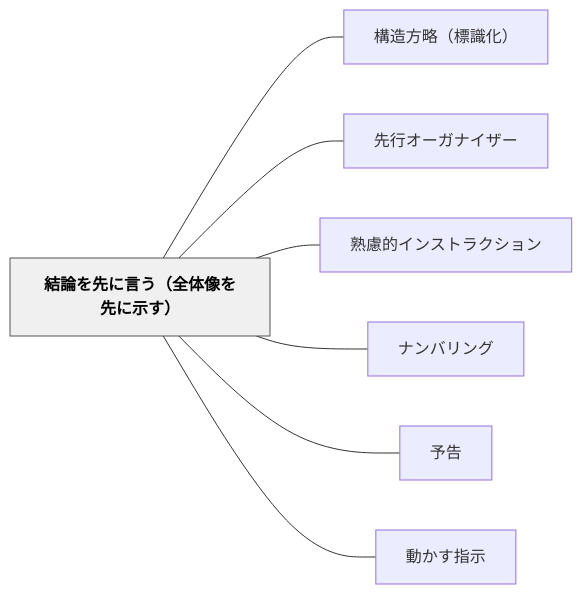
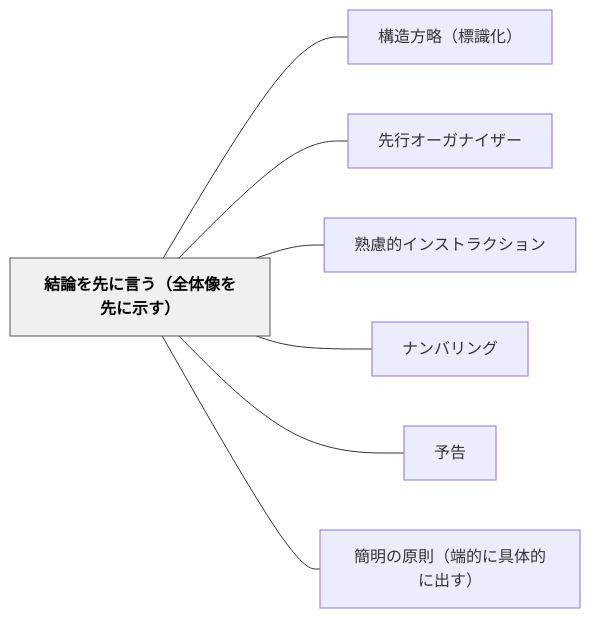
Before and after one commit to unknownthings-ed-patterns/unknownthings-ed-patterns: the diagram in content/パタン/結論を先に言う（全体像を先に示す）.md, drawn with Mermaid. The commit also changed other lines of this file and 41 other files, not shown here.

````diff
--- a/content/パタン/結論を先に言う（全体像を先に示す）.md
+++ b/content/パタン/結論を先に言う（全体像を先に示す）.md
@@ -37,20 +39,20 @@
 ```mermaid
 flowchart LR
     ne7b590e8ab96e38292e58588e381abe8a880e38186efbc88e585a8e4bd93e5838fe38292e58588e381abe7a4bae38199efbc89["結論を先に言う（全体像を先に示す）"]
     ne6a78be980a0e696b9e795a5efbc88e6a899e8ad98e58c96efbc89["構造方略（標識化）"]
     ne58588e8a18ce382aae383bce382ace3838ae382a4e382b6e383bc["先行オーガナイザー"]
     ne7869fe685aee79a84e382a4e383b3e382b9e38388e383a9e382afe382b7e383a7e383b3["熟慮的インストラクション"]
     ne3838ae383b3e38390e383aae383b3e382b0["ナンバリング"]
     ne4ba88e5918a["予告"]
-    ne58b95e3818be38199e68c87e7a4ba["動かす指示"]
+    ne7b0a1e6988ee381aee58e9fe58987efbc88e7abafe79a84e381abe585b7e4bd93e79a84e381abe587bae38199efbc89["簡明の原則（端的に具体的に出す）"]
 
     ne7b590e8ab96e38292e58588e381abe8a880e38186efbc88e585a8e4bd93e5838fe38292e58588e381abe7a4bae38199efbc89 --- ne6a78be980a0e696b9e795a5efbc88e6a899e8ad98e58c96efbc89
     ne7b590e8ab96e38292e58588e381abe8a880e38186efbc88e585a8e4bd93e5838fe38292e58588e381abe7a4bae38199efbc89 --- ne58588e8a18ce382aae383bce382ace3838ae382a4e382b6e383bc
     ne7b590e8ab96e38292e58588e381abe8a880e38186efbc88e585a8e4bd93e5838fe38292e58588e381abe7a4bae38199efbc89 --- ne7869fe685aee79a84e382a4e383b3e382b9e38388e383a9e382afe382b7e383a7e383b3
     ne7b590e8ab96e38292e58588e381abe8a880e38186efbc88e585a8e4bd93e5838fe38292e58588e381abe7a4bae38199efbc89 --- ne3838ae383b3e38390e383aae383b3e382b0
     ne7b590e8ab96e38292e58588e381abe8a880e38186efbc88e585a8e4bd93e5838fe38292e58588e381abe7a4bae38199efbc89 --- ne4ba88e5918a
-    ne7b590e8ab96e38292e58588e381abe8a880e38186efbc88e585a8e4bd93e5838fe38292e58588e381abe7a4bae38199efbc89 --- ne58b95e3818be38199e68c87e7a4ba
+    ne7b590e8ab96e38292e58588e381abe8a880e38186efbc88e585a8e4bd93e5838fe38292e58588e381abe7a4bae38199efbc89 --- ne7b0a1e6988ee381aee58e9fe58987efbc88e7abafe79a84e381abe585b7e4bd93e79a84e381abe587bae38199efbc89
 
     classDef hub fill:#f0f0f0,stroke:#555,color:#000,font-weight:bold
     class ne7b590e8ab96e38292e58588e381abe8a880e38186efbc88e585a8e4bd93e5838fe38292e58588e381abe7a4bae38199efbc89 hub
 ```
````
